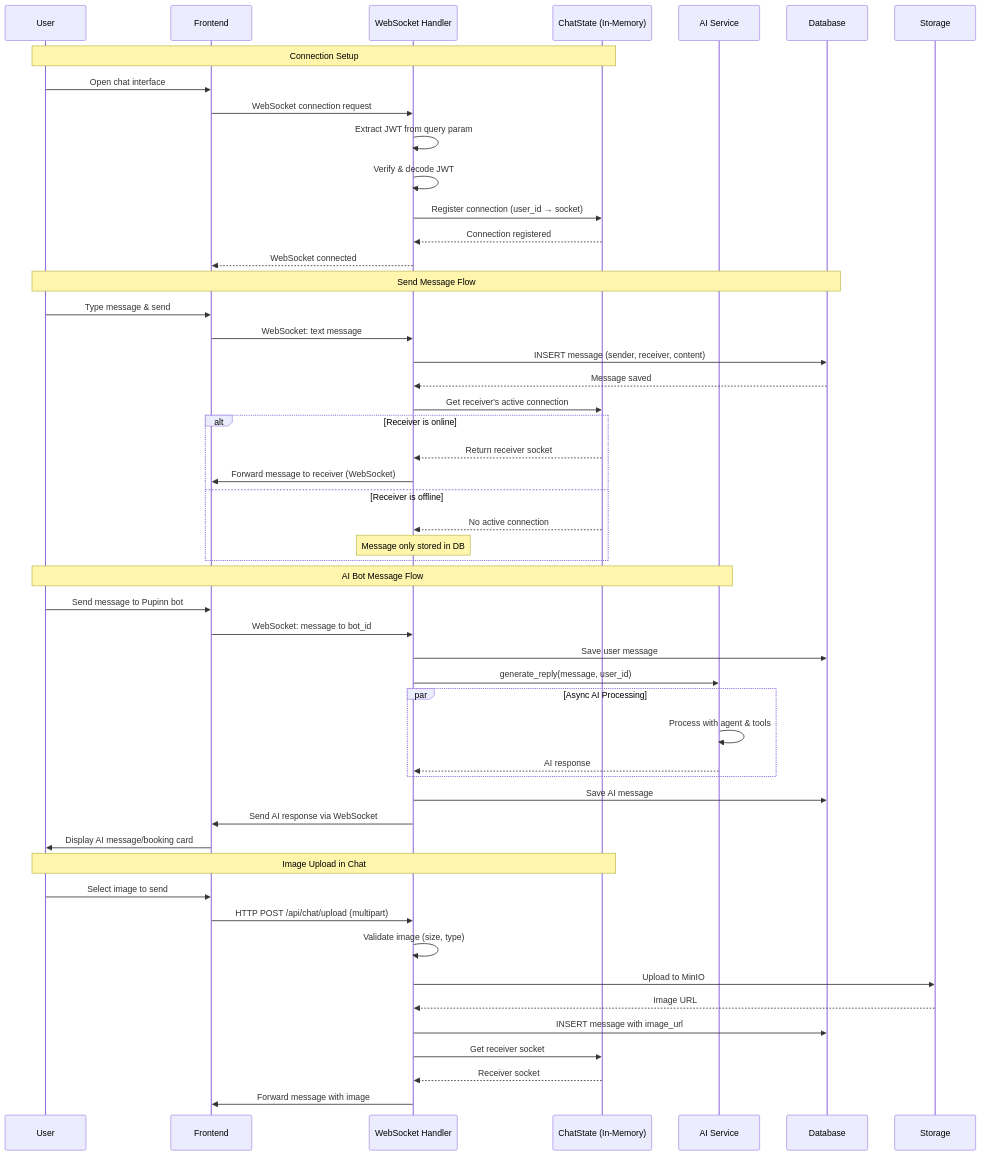
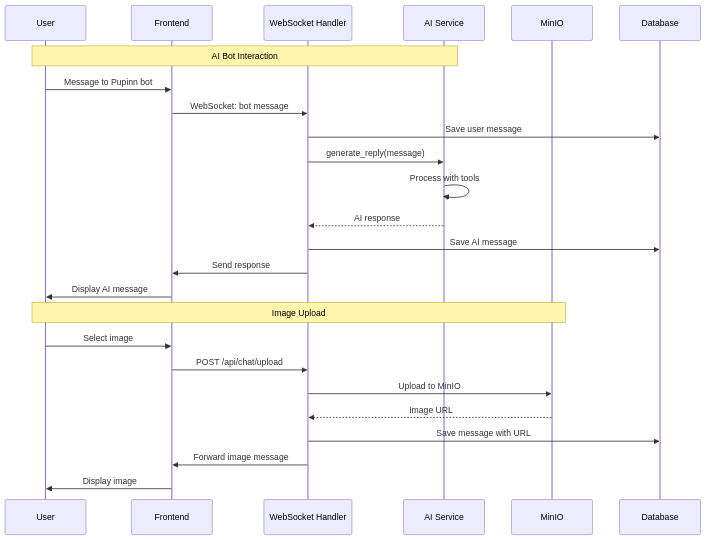
One commit to tadtd/pupinn changed the tenth of 17 diagrams in data-flow.md. Above: the diagram before and after it, drawn with Mermaid. The commit also changed other lines of this file, not shown here.

Commit message:
chore: simple some data-flow due to the big size

````diff
--- a/data-flow.md
+++ b/data-flow.md
@@ -321,59 +337,29 @@
 ```mermaid
 sequenceDiagram
     participant U as User
     participant F as Frontend
     participant WS as WebSocket Handler
-    participant State as ChatState (In-Memory)
     participant AI as AI Service
+    participant Storage as MinIO
     participant DB as Database
     
-    Note over U,State: Connection Setup
-    U->>F: Open chat interface
-    F->>WS: WebSocket connection request
-    WS->>WS: Extract JWT from query param
-    WS->>WS: Verify & decode JWT
-    WS->>State: Register connection (user_id → socket)
-    State-->>WS: Connection registered
-    WS-->>F: WebSocket connected
+    Note over U,AI: AI Bot Interaction
+    U->>F: Message to Pupinn bot
+    F->>WS: WebSocket: bot message
+    WS->>DB: Save user message
+    WS->>AI: generate_reply(message)
+    AI->>AI: Process with tools
+    AI-->>WS: AI response
+    WS->>DB: Save AI message
+    WS->>F: Send response
+    F->>U: Display AI message
     
-    Note over U,DB: Send Message Flow
-    U->>F: Type message & send
-    F->>WS: WebSocket: text message
-    WS->>DB: INSERT message (sender, receiver, content)
-    DB-->>WS: Message saved
-    WS->>State: Get receiver's active connection
-    
-    alt Receiver is online
-        State-->>WS: Return receiver socket
-        WS->>F: Forward message to receiver (WebSocket)
-    else Receiver is offline
-        State-->>WS: No active connection
-        Note over WS: Message only stored in DB
-    end
-    
-    Note over U,AI: AI Bot Message Flow
-    U->>F: Send message to Pupinn bot
-    F->>WS: WebSocket: message to bot_id
-    WS->>DB: Save user message
-    WS->>AI: generate_reply(message, user_id)
-    
-    par Async AI Processing
-        AI->>AI: Process with agent & tools
-        AI-->>WS: AI response
-    end
-    
-    WS->>DB: Save AI message
-    WS->>F: Send AI response via WebSocket
-    F->>U: Display AI message/booking card
-    
-    Note over U,State: Image Upload in Chat
-    U->>F: Select image to send
-    F->>WS: HTTP POST /api/chat/upload (multipart)
-    WS->>WS: Validate image (size, type)
+    Note over U,Storage: Image Upload
+    U->>F: Select image
+    F->>WS: POST /api/chat/upload
     WS->>Storage: Upload to MinIO
     Storage-->>WS: Image URL
-    WS->>DB: INSERT message with image_url
-    WS->>State: Get receiver socket
-    State-->>WS: Receiver socket
-    WS->>F: Forward message with image
+    WS->>DB: Save message with URL
+    WS->>F: Forward image message
+    F->>U: Display image
 ```
````
